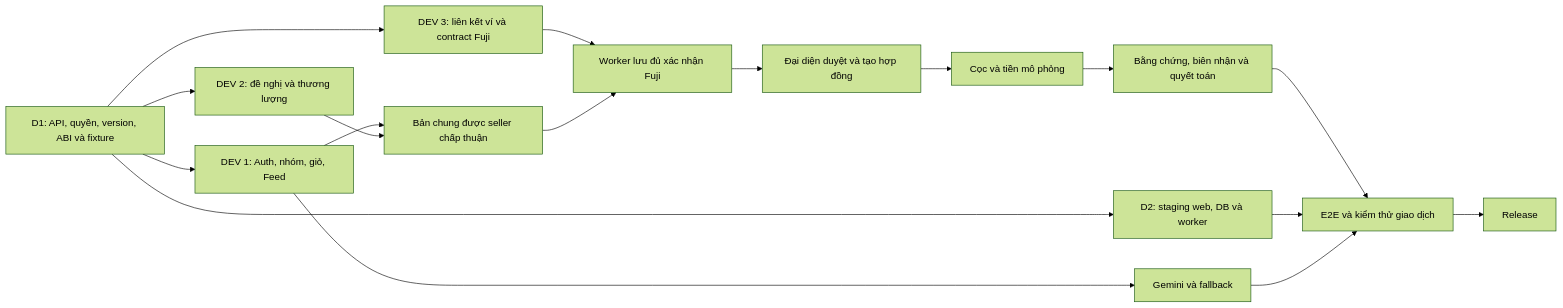
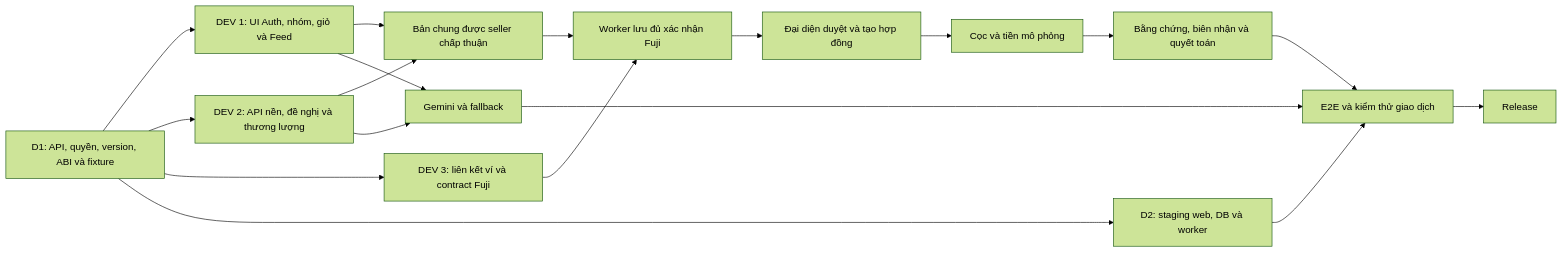
Before and after one commit to hmintrun/OOPS: the diagram in docs/OOPS-7-Day-Development-Plan.md, drawn with Mermaid (forest theme). The commit also changed other lines of this file and 67 other files, not shown here.

````diff
--- a/docs/OOPS-7-Day-Development-Plan.md
+++ b/docs/OOPS-7-Day-Development-Plan.md
@@ -145,20 +151,21 @@
 ```mermaid
 flowchart LR
     F["D1: API, quyền, version, ABI và fixture"]
-    F --> A["DEV 1: Auth, nhóm, giỏ, Feed"]
-    F --> B["DEV 2: đề nghị và thương lượng"]
+    F --> A["DEV 1: UI Auth, nhóm, giỏ và Feed"]
+    F --> B["DEV 2: API nền, đề nghị và thương lượng"]
     F --> C["DEV 3: liên kết ví và contract Fuji"]
     A --> D["Bản chung được seller chấp thuận"]
     B --> D
+    B --> K
     C --> E["Worker lưu đủ xác nhận Fuji"]
     D --> E
     E --> G["Đại diện duyệt và tạo hợp đồng"]
     G --> H["Cọc và tiền mô phỏng"]
     H --> I["Bằng chứng, biên nhận và quyết toán"]
     F --> S["D2: staging web, DB và worker"]
     I --> T["E2E và kiểm thử giao dịch"]
     S --> T
     A --> K["Gemini và fallback"]
     K --> T
     T --> J["Release"]
 ```
````
